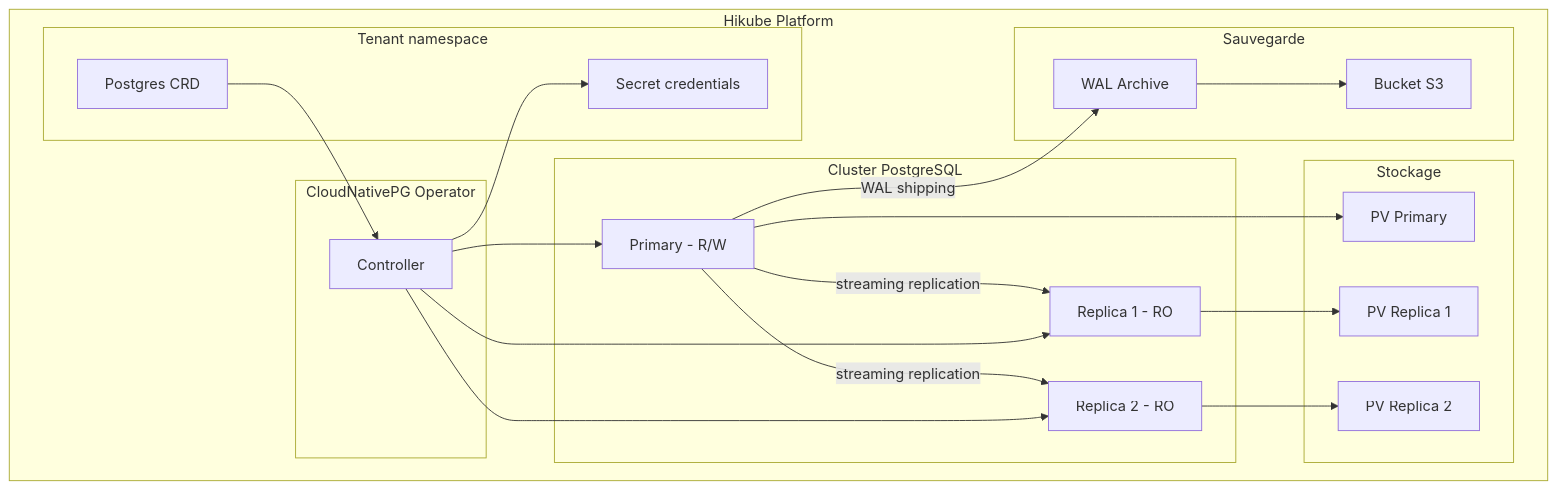
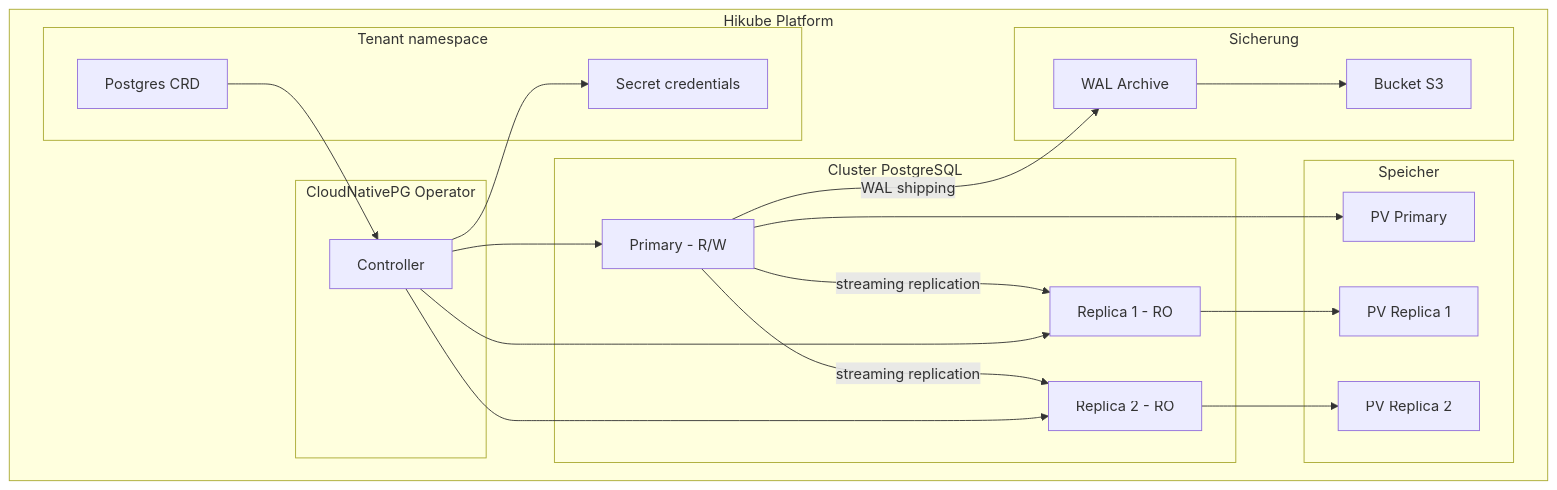
One commit to HidoraSwiss/hikube-public-doc changed the first of 2 diagrams in i18n/de/docusaurus-plugin-content-docs/current/services/databases/postgresql/concepts.md. Above: the diagram before and after it, drawn with Mermaid. The commit also changed other lines of this file and 121 other files, not shown here.

````diff
--- a/i18n/de/docusaurus-plugin-content-docs/current/services/databases/postgresql/concepts.md
+++ b/i18n/de/docusaurus-plugin-content-docs/current/services/databases/postgresql/concepts.md
@@ -12,43 +12,43 @@
 ```mermaid
 graph TB
     subgraph "Hikube Platform"
         subgraph "Tenant namespace"
             CR[Postgres CRD]
             SEC[Secret credentials]
         end
 
         subgraph "CloudNativePG Operator"
             OP[Controller]
         end
 
         subgraph "Cluster PostgreSQL"
             P[Primary - R/W]
             R1[Replica 1 - RO]
             R2[Replica 2 - RO]
         end
 
-        subgraph "Stockage"
+        subgraph "Speicher"
             PV1[PV Primary]
             PV2[PV Replica 1]
             PV3[PV Replica 2]
         end
 
-        subgraph "Sauvegarde"
+        subgraph "Sicherung"
             S3[Bucket S3]
             WAL[WAL Archive]
         end
     end
 
     CR --> OP
     OP --> P
     OP --> R1
     OP --> R2
     P -->|streaming replication| R1
     P -->|streaming replication| R2
     P --> PV1
     R1 --> PV2
     R2 --> PV3
     P -->|WAL shipping| WAL
     WAL --> S3
     OP --> SEC
 ```
````
